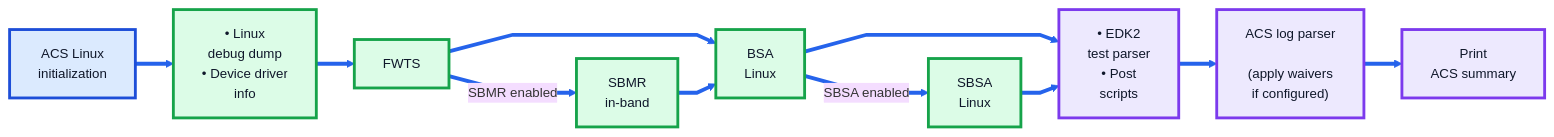
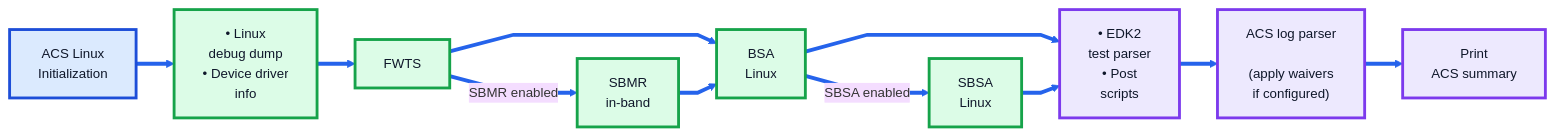
One commit to manjunath3divakar/arm-systemready changed the fifth of 6 diagrams in docs/systemready_band_flow.md. Above: the diagram before and after it, drawn with Mermaid. The commit also changed other lines of this file, not shown here.

Commit message:
Fix capitalization in ACS Linux flow documentation

````diff
--- a/docs/systemready_band_flow.md
+++ b/docs/systemready_band_flow.md
@@ -273,46 +273,46 @@
 ```mermaid
 %%{init: {
   "theme": "base",
   "flowchart": {
     "curve": "linear",
     "nodeSpacing": 30,
     "rankSpacing": 40
   },
   "themeVariables": {
     "fontFamily": "Arial",
     "fontSize": "14px",
     "primaryBorderColor": "#0f172a",
     "lineColor": "#2563eb",
     "tertiaryColor": "#ffffff"
   }
 }}%%
 
 flowchart LR
 
     linkStyle default stroke:#2563eb,stroke-width:4px;
 
-    A["ACS Linux<br/>initialization"]
+    A["ACS Linux<br/>Initialization"]
     A --> B["• Linux<br/>  debug dump<br/>• Device driver<br/>  info"]
     B --> C["FWTS"]
 
     C --> D["BSA<br/>Linux"]
 
     C -->|"SBMR enabled"| E["SBMR<br/>in-band"]
     E --> D
 
     D --> F["• EDK2<br/>  test parser<br/>• Post<br/>  scripts"]
 
     D -->|"SBSA enabled"| G["SBSA<br/>Linux"]
     G --> F
 
     F --> H["ACS log parser<br/><br/>(apply waivers<br/>if configured)"]
     H --> I["Print<br/>ACS summary"]
 
     classDef entry fill:#dbeafe,stroke:#1d4ed8,stroke-width:3px,color:#0f172a;
     classDef linux fill:#dcfce7,stroke:#16a34a,stroke-width:3px,color:#0f172a;
     classDef result fill:#ede9fe,stroke:#7c3aed,stroke-width:3px,color:#0f172a;
 
     class A entry;
     class B,C,D,E,G linux;
     class F,H,I result;
 ```
````
